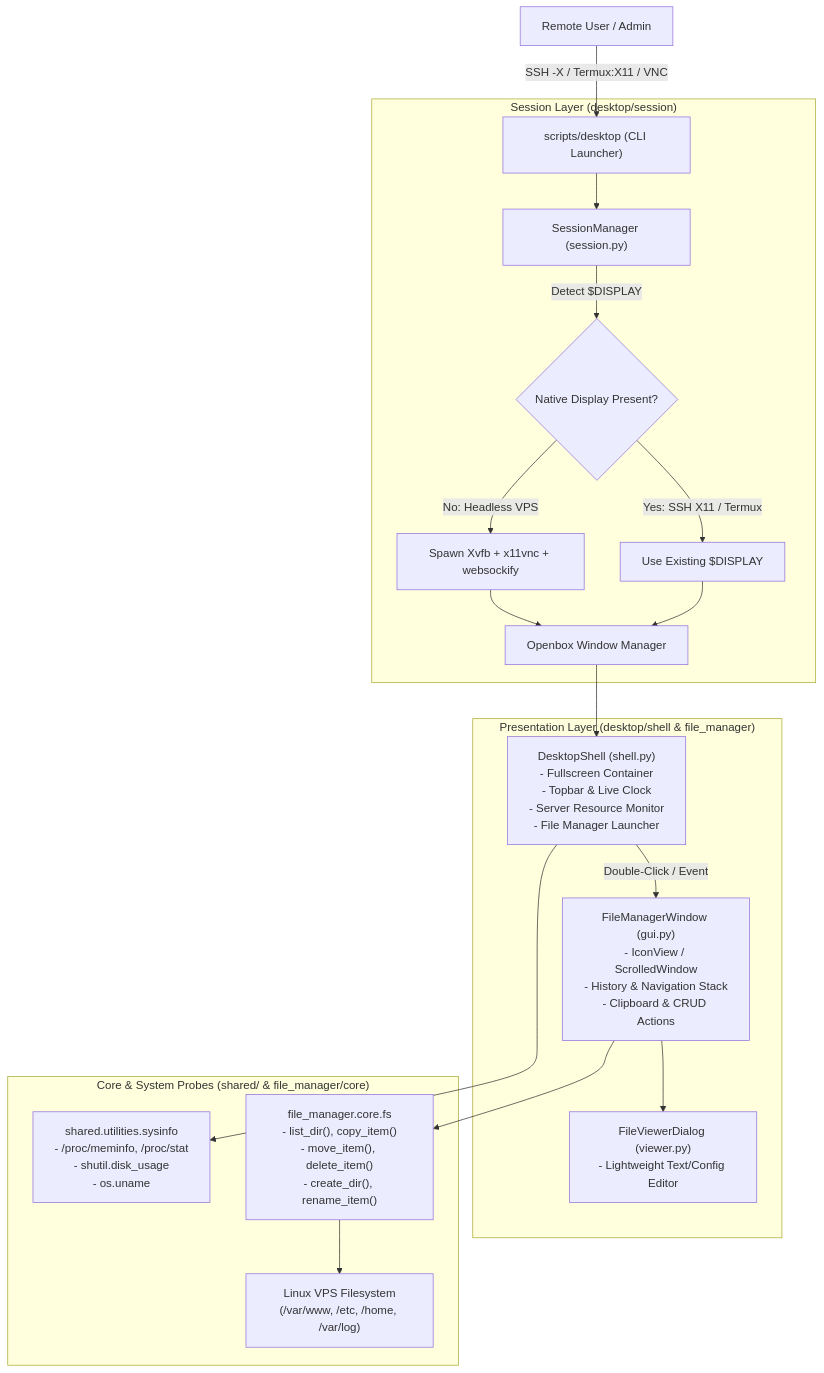
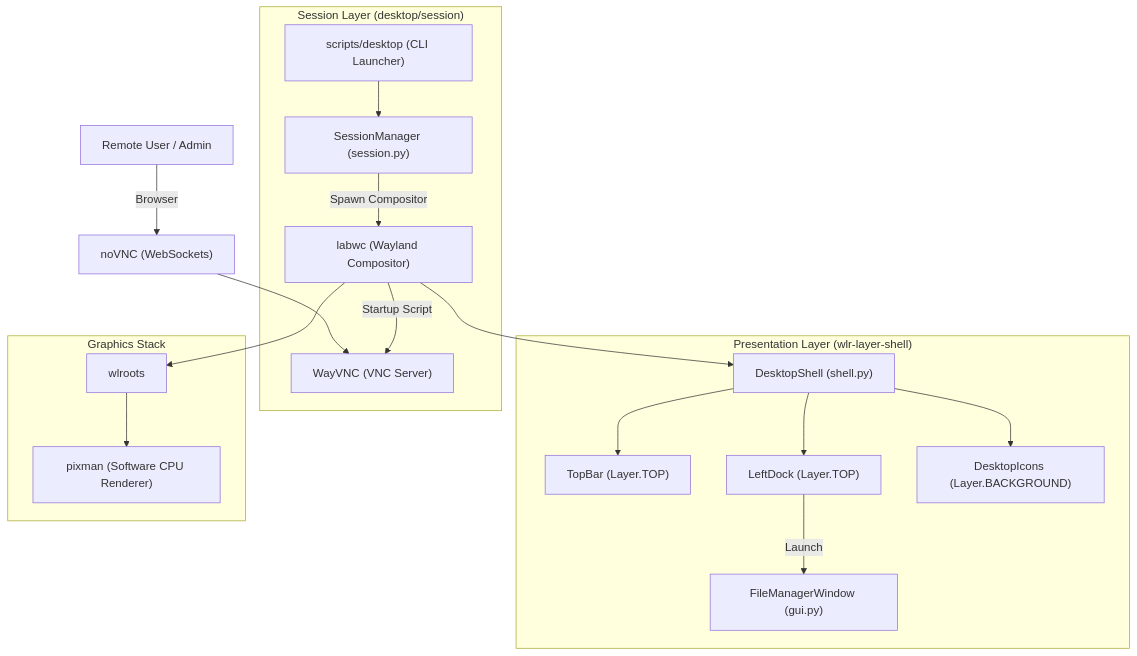
One commit to charlietech255/ease-Desk changed the diagram in ARCHITECTURE.md. Above: the diagram before and after it, drawn with Mermaid. The commit also changed other lines of this file and 3 other files, not shown here.

First line of the commit message:
feat: migrate ease-Desk architecture to Wayland/labwc

````diff
--- a/ARCHITECTURE.md
+++ b/ARCHITECTURE.md
@@ -26,30 +25,25 @@
 ```mermaid
 graph TD
-    User["Remote User / Admin"] -->|SSH -X / Termux:X11 / VNC| Entrypoint["scripts/desktop (CLI Launcher)"]
+    User["Remote User / Admin"] -->|Browser| NoVNC["noVNC (WebSockets)"]
+    NoVNC --> WayVNC["WayVNC (VNC Server)"]
     
     subgraph "Session Layer (desktop/session)"
-        Entrypoint --> SessionMgr["SessionManager (session.py)"]
-        SessionMgr -->|Detect $DISPLAY| DisplayCheck{"Native Display Present?"}
-        DisplayCheck -->|Yes: SSH X11 / Termux| NativeMode["Use Existing $DISPLAY"]
-        DisplayCheck -->|No: Headless VPS| VirtualMode["Spawn Xvfb + x11vnc + websockify"]
-        
-        NativeMode --> WM["Openbox Window Manager"]
-        VirtualMode --> WM
+        Entrypoint["scripts/desktop (CLI Launcher)"] --> SessionMgr["SessionManager (session.py)"]
+        SessionMgr -->|Spawn Compositor| LabWC["labwc (Wayland Compositor)"]
+        LabWC -->|Startup Script| WayVNC
     end
     
-    subgraph "Presentation Layer (desktop/shell & file_manager)"
-        WM --> Shell["DesktopShell (shell.py)<br/>- Fullscreen Container<br/>- Topbar & Live Clock<br/>- Server Resource Monitor<br/>- File Manager Launcher"]
+    subgraph "Presentation Layer (wlr-layer-shell)"
+        LabWC --> Shell["DesktopShell (shell.py)"]
+        Shell --> TopBar["TopBar (Layer.TOP)"]
+        Shell --> LeftDock["LeftDock (Layer.TOP)"]
+        Shell --> DesktopGrid["DesktopIcons (Layer.BACKGROUND)"]
         
-        Shell -->|Double-Click / Event| FM["FileManagerWindow (gui.py)<br/>- IconView / ScrolledWindow<br/>- History & Navigation Stack<br/>- Clipboard & CRUD Actions"]
-        
-        FM --> Viewer["FileViewerDialog (viewer.py)<br/>- Lightweight Text/Config Editor"]
+        LeftDock -->|Launch| FM["FileManagerWindow (gui.py)"]
     end
     
-    subgraph "Core & System Probes (shared/ & file_manager/core)"
-        FM --> CoreFS["file_manager.core.fs<br/>- list_dir(), copy_item()<br/>- move_item(), delete_item()<br/>- create_dir(), rename_item()"]
-        
-        Shell --> SysInfo["shared.utilities.sysinfo<br/>- /proc/meminfo, /proc/stat<br/>- shutil.disk_usage<br/>- os.uname"]
-        
-        CoreFS --> HostFS["Linux VPS Filesystem<br/>(/var/www, /etc, /home, /var/log)"]
+    subgraph "Graphics Stack"
+        LabWC --> wlroots["wlroots"]
+        wlroots --> Pixman["pixman (Software CPU Renderer)"]
     end
 ```
````
